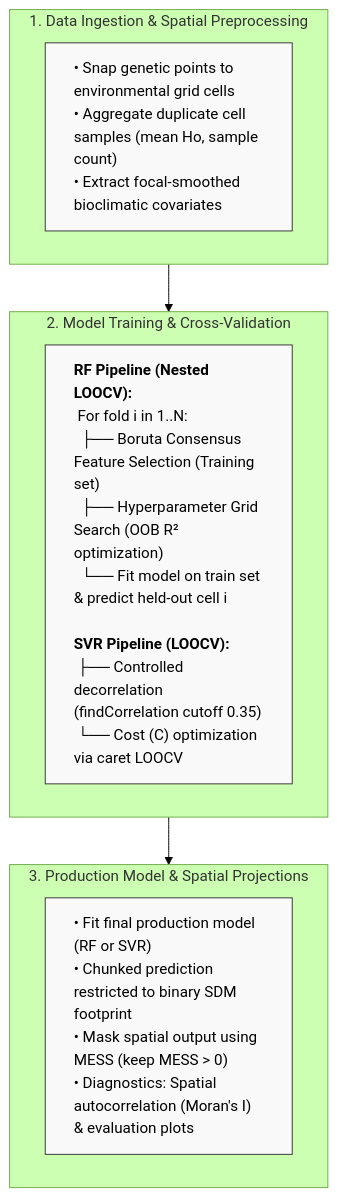
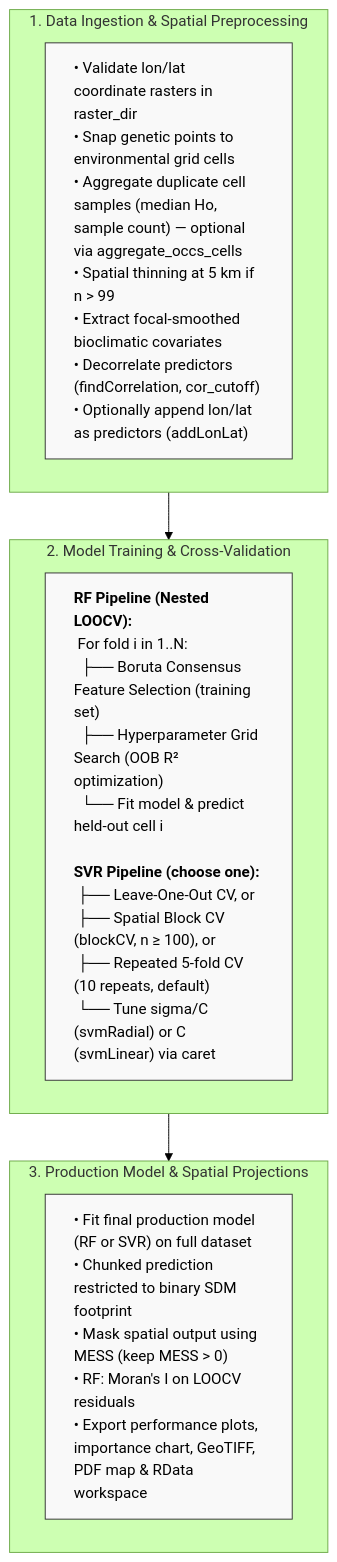
One commit to ccsosa/RF_LOOCV_MAGROGENETICS changed the diagram in README.md. Above: the diagram before and after it, drawn with Mermaid (forest theme). The commit also changed other lines of this file, not shown here.

````diff
--- a/README.md
+++ b/README.md
@@ -31,21 +34,21 @@
 ```mermaid
 graph TD
     classDef process fill:#f9f9f9,stroke:#333,stroke-width:1px,text-align:left;
 
     subgraph Step1 ["1. Data Ingestion & Spatial Preprocessing"]
-        A1["• Snap genetic points to environmental grid cells<br>• Aggregate duplicate cell samples (mean Ho, sample count)<br>• Extract focal-smoothed bioclimatic covariates"]
+        A1["• Validate lon/lat coordinate rasters in raster_dir<br>• Snap genetic points to environmental grid cells<br>• Aggregate duplicate cell samples (median Ho, sample count) — optional via aggregate_occs_cells<br>• Spatial thinning at 5 km if n > 99<br>• Extract focal-smoothed bioclimatic covariates<br>• Decorrelate predictors (findCorrelation, cor_cutoff)<br>• Optionally append lon/lat as predictors (addLonLat)"]
     end
 
     subgraph Step2 ["2. Model Training & Cross-Validation"]
-        B1["<b>RF Pipeline (Nested LOOCV):</b><br> For fold i in 1..N:<br>  ├── Boruta Consensus Feature Selection (Training set)<br>  ├── Hyperparameter Grid Search (OOB R² optimization)<br>  └── Fit model on train set & predict held-out cell i<br><br><b>SVR Pipeline (LOOCV):</b><br> ├── Controlled decorrelation (findCorrelation cutoff 0.35)<br> └── Cost (C) optimization via caret LOOCV"]
+        B1["<b>RF Pipeline (Nested LOOCV):</b><br> For fold i in 1..N:<br>  ├── Boruta Consensus Feature Selection (training set)<br>  ├── Hyperparameter Grid Search (OOB R² optimization)<br>  └── Fit model & predict held-out cell i<br><br><b>SVR Pipeline (choose one):</b><br> ├── Leave-One-Out CV, or<br> ├── Spatial Block CV (blockCV, n ≥ 100), or<br> ├── Repeated 5-fold CV (10 repeats, default)<br> └── Tune sigma/C (svmRadial) or C (svmLinear) via caret"]
     end
 
     subgraph Step3 ["3. Production Model & Spatial Projections"]
-        C1["• Fit final production model (RF or SVR)<br>• Chunked prediction restricted to binary SDM footprint<br>• Mask spatial output using MESS (keep MESS > 0)<br>• Diagnostics: Spatial autocorrelation (Moran's I) & evaluation plots"]
+        C1["• Fit final production model (RF or SVR) on full dataset<br>• Chunked prediction restricted to binary SDM footprint<br>• Mask spatial output using MESS (keep MESS > 0)<br>• RF: Moran's I on LOOCV residuals<br>• Export performance plots, importance chart, GeoTIFF, PDF map & RData workspace"]
     end
 
     Step1 --> Step2
     Step2 --> Step3
 
     class A1,B1,C1 process;
 ```
````
